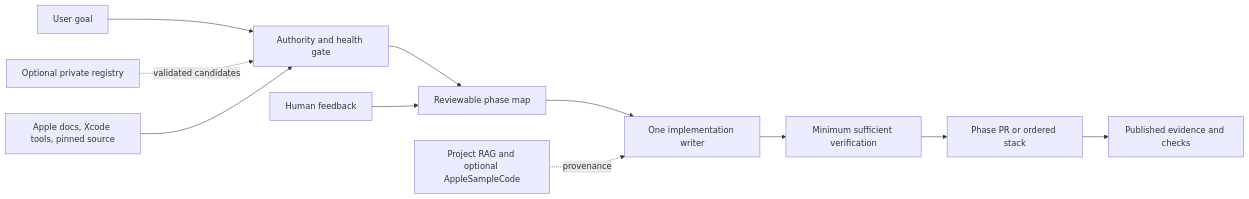
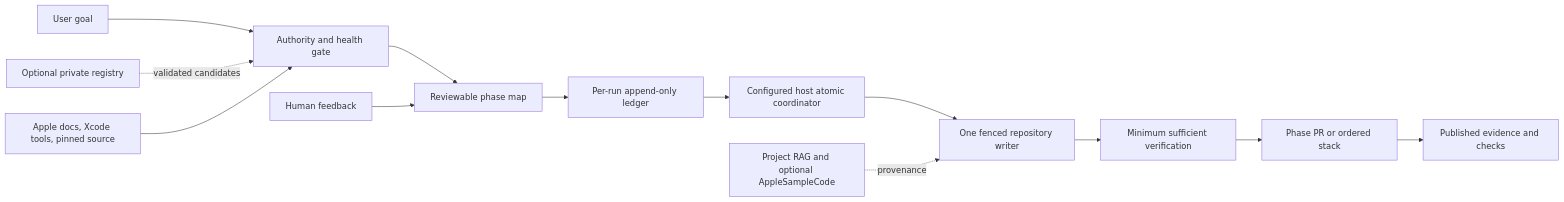
The diagram in README.md (ShawnBaek/ai-workflow-apple-platform-engineer), drawn with Mermaid before and after one commit. The commit also changed other lines of this file and 40 other files, not shown here.

````diff
--- a/README.md
+++ b/README.md
@@ -98,13 +100,15 @@
 ```mermaid
 flowchart LR
     G[User goal] --> A[Authority and health gate]
     Q[Optional private registry] -. validated candidates .-> A
     A --> P[Reviewable phase map]
-    P --> W[One implementation writer]
+    P --> L[Per-run append-only ledger]
+    L --> C[Configured host atomic coordinator]
+    C --> W[One fenced repository writer]
     W --> V[Minimum sufficient verification]
     V --> R[Phase PR or ordered stack]
     R --> E[Published evidence and checks]
     O[Apple docs, Xcode tools, pinned source] --> A
     K[Project RAG and optional AppleSampleCode] -. provenance .-> W
     F[Human feedback] --> P
 ```
````
